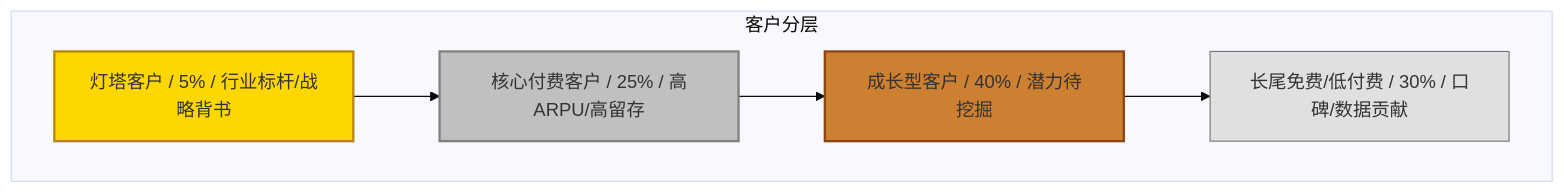
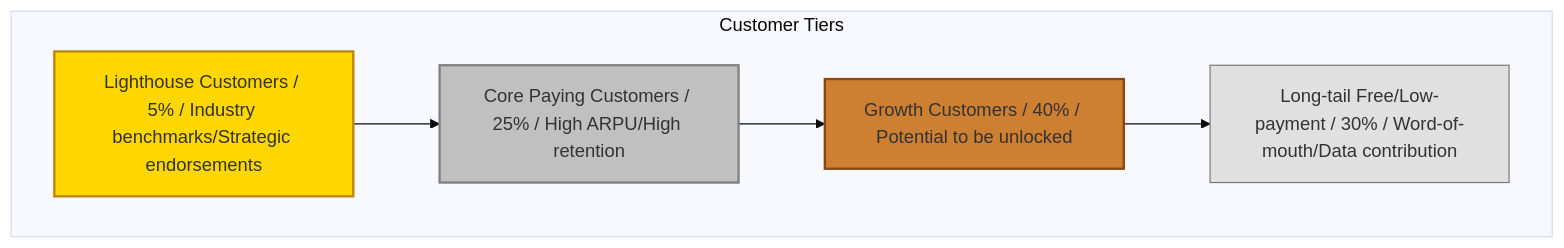
One commit to Kirky-X/cangjie changed the fourth of 15 diagrams in templates/【模板】商业模式文档.md. Above: the diagram before and after it, drawn with Mermaid (base theme). The commit also changed other lines of this file and 12 other files, not shown here.

````diff
--- a/templates/【模板】商业模式文档.md
+++ b/templates/【模板】商业模式文档.md
@@ -155,18 +155,18 @@
 ```mermaid
 graph TB
-    subgraph 客户分层
-        T1[灯塔客户 / 5% / 行业标杆/战略背书]
-        T2[核心付费客户 / 25% / 高ARPU/高留存]
-        T3[成长型客户 / 40% / 潜力待挖掘]
-        T4[长尾免费/低付费 / 30% / 口碑/数据贡献]
+    subgraph Customer Tiers
+        T1[Lighthouse Customers / 5% / Industry benchmarks/Strategic endorsements]
+        T2[Core Paying Customers / 25% / High ARPU/High retention]
+        T3[Growth Customers / 40% / Potential to be unlocked]
+        T4[Long-tail Free/Low-payment / 30% / Word-of-mouth/Data contribution]
     end
 
     T1 --> T2
     T2 --> T3
     T3 --> T4
 
     style T1 fill:#ffd700,stroke:#b8860b,stroke-width:2px
     style T2 fill:#c0c0c0,stroke:#808080,stroke-width:2px
     style T3 fill:#cd7f32,stroke:#8b4513,stroke-width:2px
     style T4 fill:#e0e0e0,stroke:#757575,stroke-width:1px
 ```
````
